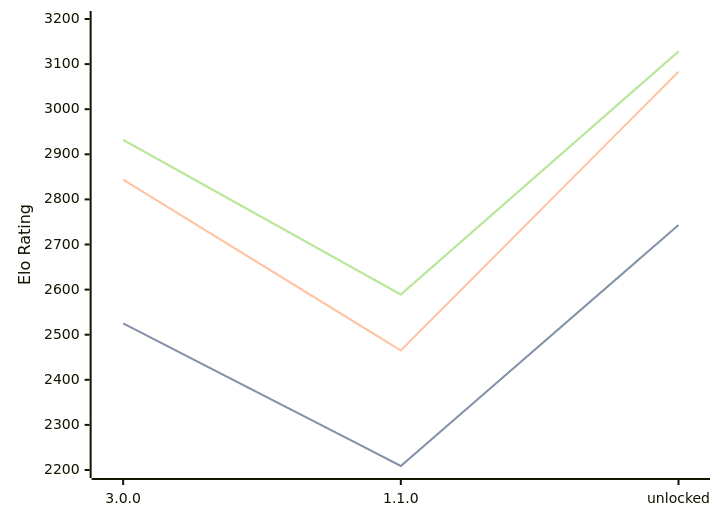
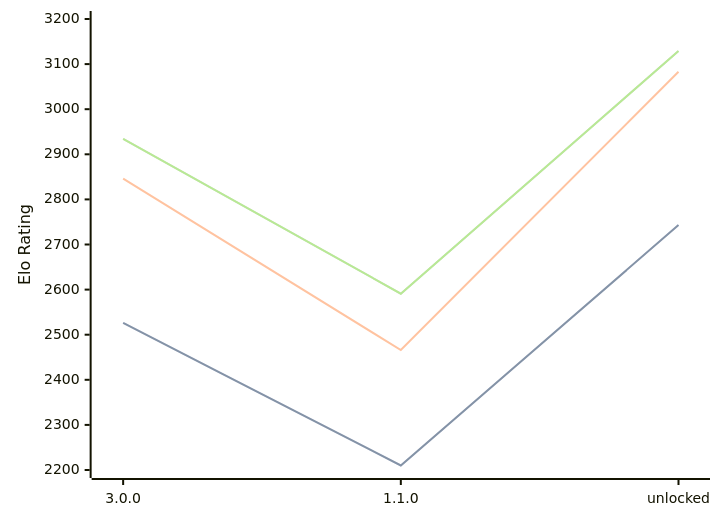
Before and after one commit to computer-chess-index/cci: the diagram in engines/Potential.md, drawn with Mermaid. The commit also changed other lines of this file, not shown here.

Commit message:
Update CCI Ratings (ELO VLTC) - 2026-08-15

````diff
--- a/engines/Potential.md
+++ b/engines/Potential.md
@@ -33,11 +33,11 @@
 ```mermaid
 %%{init: {"theme":"base","themeVariables":{"seriesColors:['#a3a3a3','#222221','#faa371']}}}%%
 xychart-beta
   x-axis ["3.0.0", "1.1.0", "unlocked"]
   y-axis "Elo Rating" 2200 --> 3200
-  line "STC (8.0+0.08s)" [2525, 2209, 2743]
-  line "STC (8.0+0.08s)" [2525, 2209, 2743]
-  line "LTC (60.0+0.60s)" [2844, 2465, 3083]
-  line "VLTC (2m24s+1.12s)" [2932, 2589, 3128]
-  line "VLTC (2m24s+1.12s)" [2932, 2589, 3128]
+  line "STC (8.0+0.08s)" [2526, 2210, 2743]
+  line "STC (8.0+0.08s)" [2526, 2210, 2743]
+  line "LTC (60.0+0.60s)" [2846, 2466, 3083]
+  line "VLTC (2m24s+1.12s)" [2934, 2591, 3129]
+  line "VLTC (2m24s+1.12s)" [2934, 2591, 3129]
 ```
````
